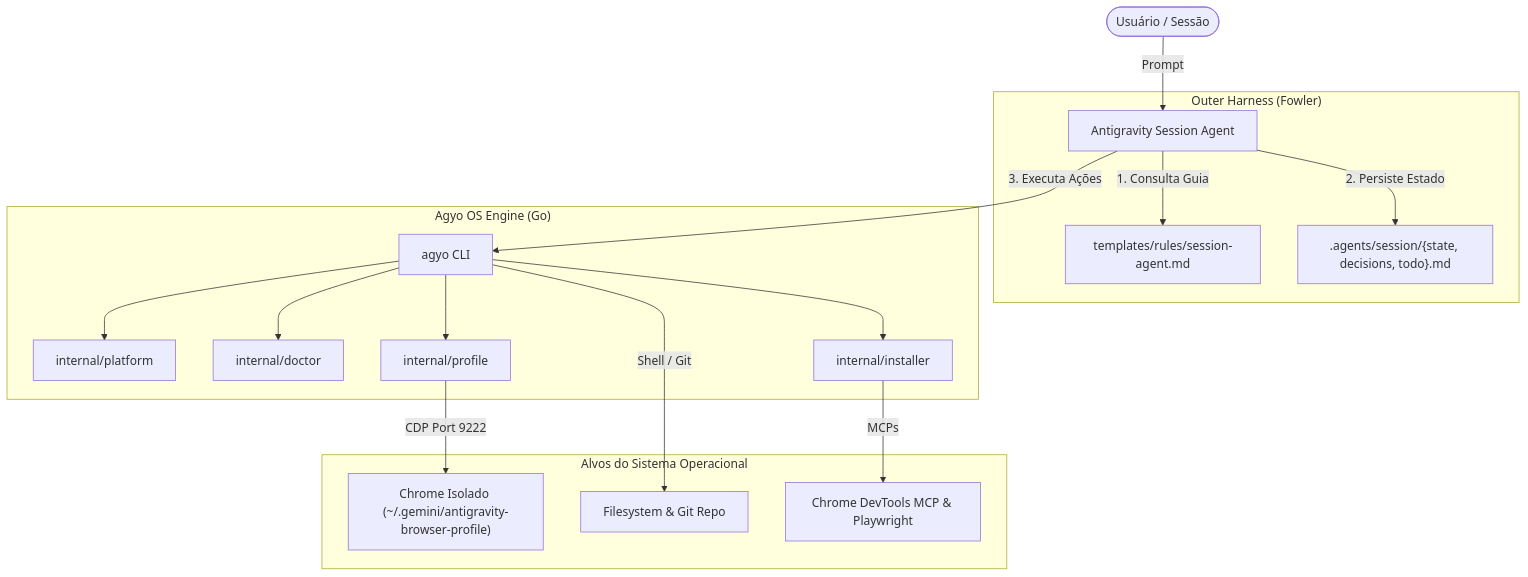
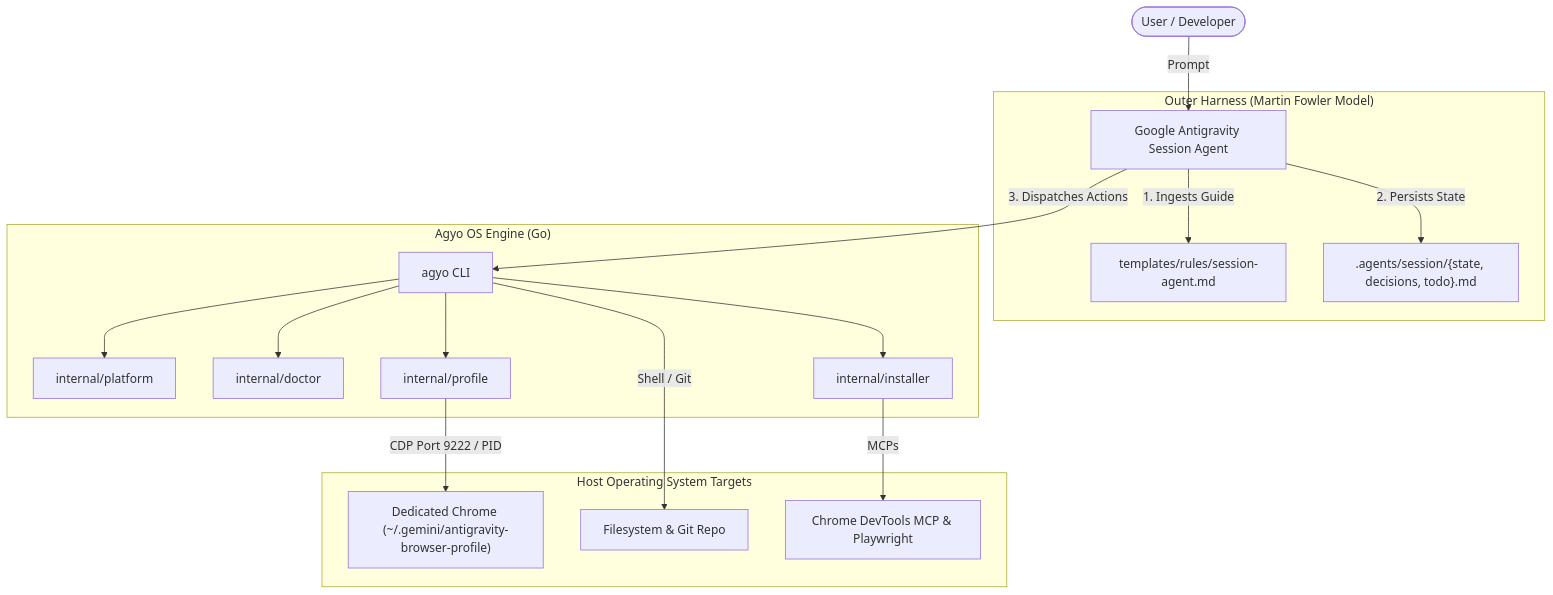
The diagram in docs/ARCHITECTURE.md (MrBeldum/antigravity-operator), drawn with Mermaid before and after one commit. The commit also changed other lines of this file and 6 other files, not shown here.

````diff
--- a/docs/ARCHITECTURE.md
+++ b/docs/ARCHITECTURE.md
@@ -7,23 +11,23 @@
 ```mermaid
 graph TD
-    User([Usuário / Sessão]) -->|Prompt| Agent[Antigravity Session Agent]
+    User([User / Developer]) -->|Prompt| Agent[Google Antigravity Session Agent]
     
-    subgraph Governance ["Outer Harness (Fowler)"]
-        Agent -->|1. Consulta Guia| Rules[templates/rules/session-agent.md]
-        Agent -->|2. Persiste Estado| Memory[".agents/session/{state, decisions, todo}.md"]
+    subgraph Governance ["Outer Harness (Martin Fowler Model)"]
+        Agent -->|1. Ingests Guide| Rules[templates/rules/session-agent.md]
+        Agent -->|2. Persists State| Memory[".agents/session/{state, decisions, todo}.md"]
     end
 
     subgraph Runtime ["Agyo OS Engine (Go)"]
-        Agent -->|3. Executa Ações| CLI[agyo CLI]
+        Agent -->|3. Dispatches Actions| CLI[agyo CLI]
         CLI --> Platform[internal/platform]
         CLI --> Doctor[internal/doctor]
         CLI --> Profile[internal/profile]
         CLI --> Installer[internal/installer]
     end
 
-    subgraph OS_Targets ["Alvos do Sistema Operacional"]
-        Profile -->|CDP Port 9222| IsolatedChrome["Chrome Isolado (~/.gemini/antigravity-browser-profile)"]
+    subgraph OS_Targets ["Host Operating System Targets"]
+        Profile -->|CDP Port 9222 / PID| IsolatedChrome["Dedicated Chrome (~/.gemini/antigravity-browser-profile)"]
         CLI -->|Shell / Git| Filesystem["Filesystem & Git Repo"]
         Installer -->|MCPs| DevToolsMCP["Chrome DevTools MCP & Playwright"]
     end
 ```
````
